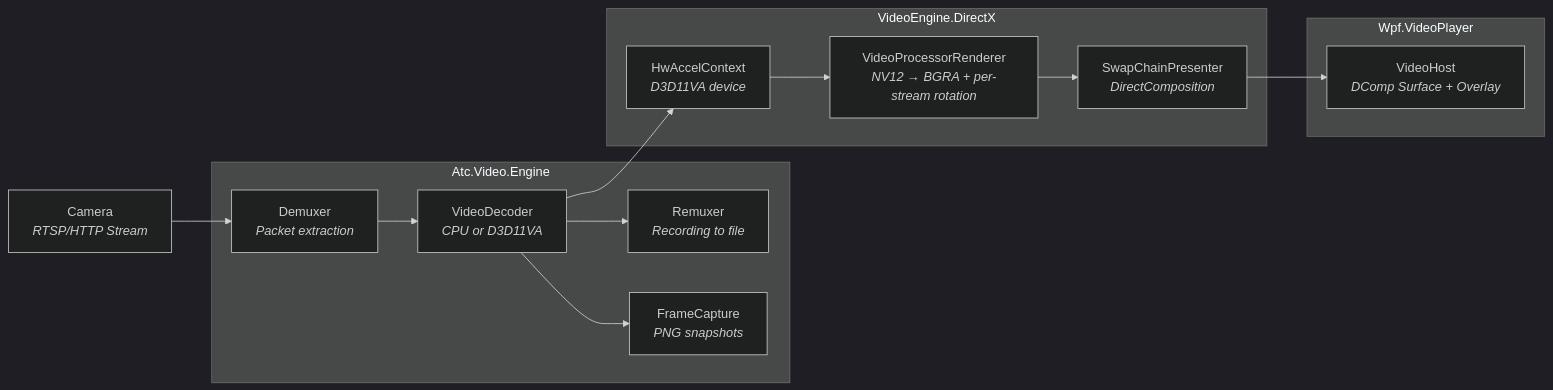
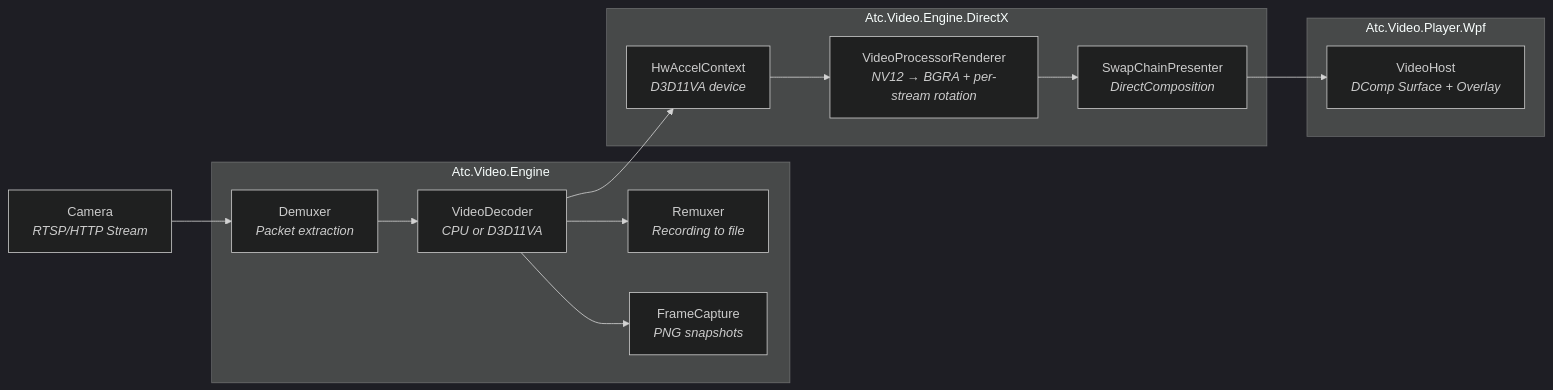
Before and after one commit to atc-net-apps/atc-soft-video-surveillance: the fourth of 8 diagrams in docs/architecture.md, drawn with Mermaid (dark theme). The commit also changed other lines of this file and 2 other files, not shown here.

````diff
--- a/docs/architecture.md
+++ b/docs/architecture.md
@@ -129,30 +129,30 @@
 ```mermaid
 graph LR
     Camera["Camera<br/><i>RTSP/HTTP Stream</i>"]
 
     subgraph VideoEngine["Atc.Video.Engine"]
         Demuxer["Demuxer<br/><i>Packet extraction</i>"]
         Decoder["VideoDecoder<br/><i>CPU or D3D11VA</i>"]
         Remuxer["Remuxer<br/><i>Recording to file</i>"]
         Capture["FrameCapture<br/><i>PNG snapshots</i>"]
     end
 
-    subgraph DirectX["VideoEngine.DirectX"]
+    subgraph DirectX["Atc.Video.Engine.DirectX"]
         HwAccel["HwAccelContext<br/><i>D3D11VA device</i>"]
         VPR["VideoProcessorRenderer<br/><i>NV12 → BGRA + per-stream rotation</i>"]
         SCP["SwapChainPresenter<br/><i>DirectComposition</i>"]
     end
 
-    subgraph WPF["Wpf.VideoPlayer"]
+    subgraph WPF["Atc.Video.Player.Wpf"]
         VideoHost["VideoHost<br/><i>DComp Surface + Overlay</i>"]
     end
 
     Camera --> Demuxer
     Demuxer --> Decoder
     Decoder --> Remuxer
     Decoder --> Capture
     Decoder --> HwAccel
     HwAccel --> VPR
     VPR --> SCP
     SCP --> VideoHost
 ```
````
